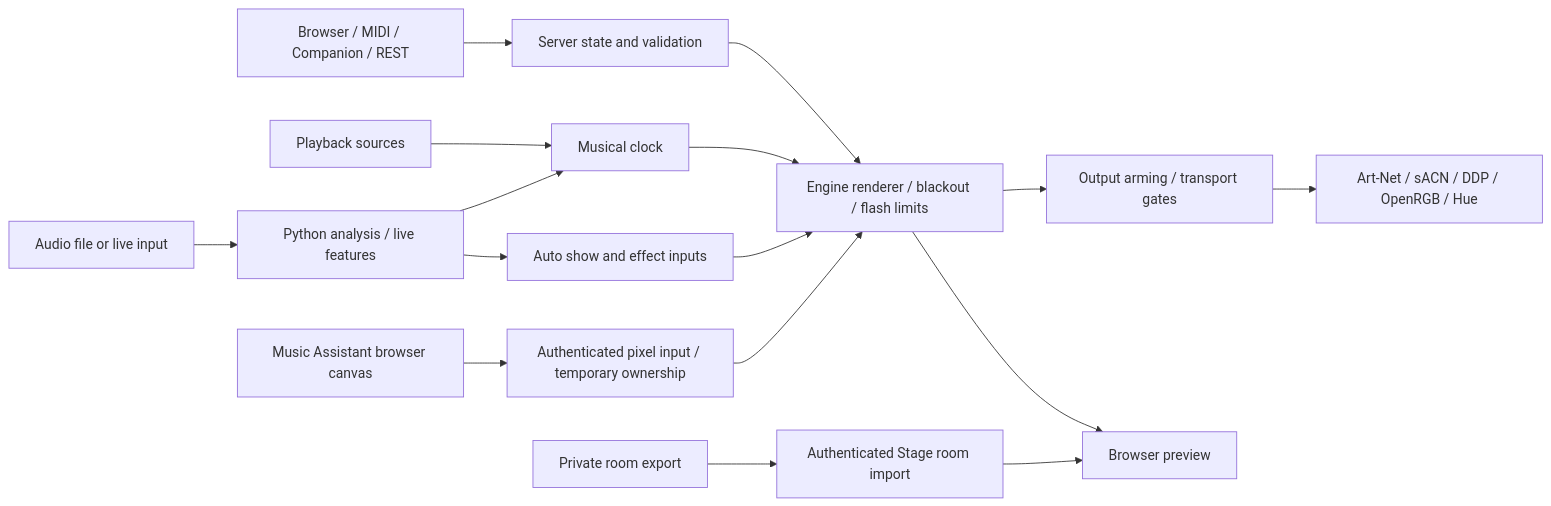
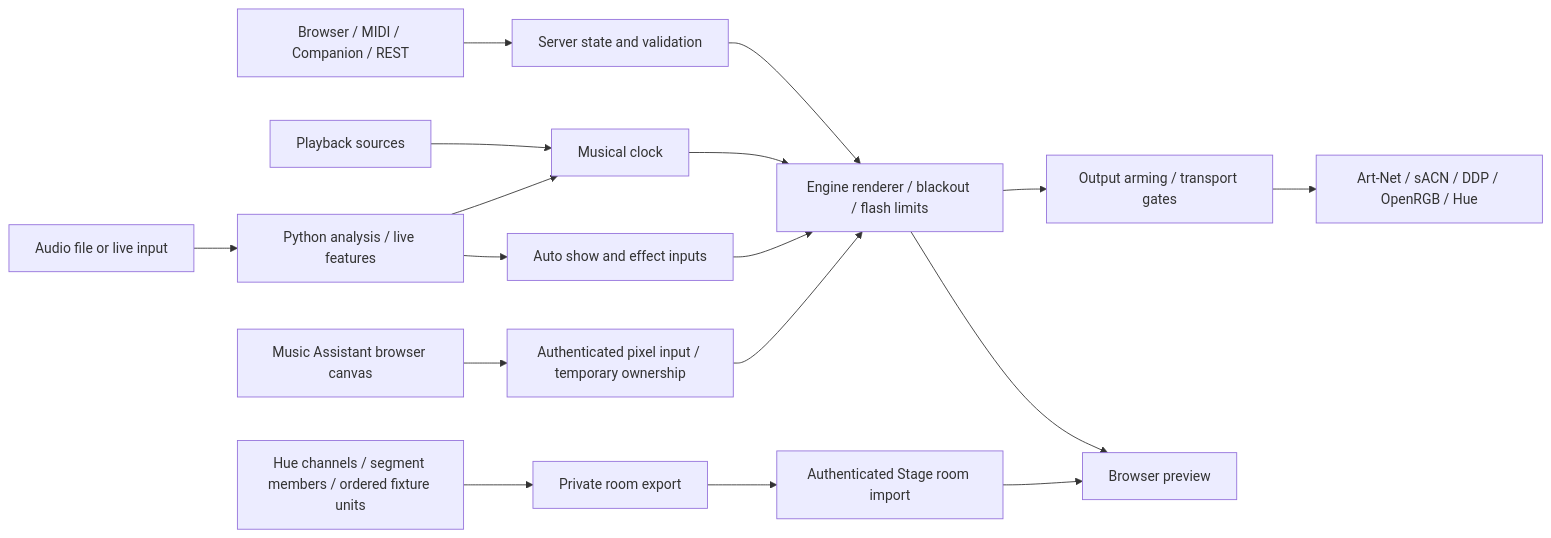
Before and after one commit to tyclab/artnet-lightshow: the second of 4 diagrams in README.md, drawn with Mermaid. The commit also changed other lines of this file and 3 other files, not shown here.

Commit message:
fix(hue): retain channel membership for room exporters

````diff
--- a/README.md
+++ b/README.md
@@ -51,18 +51,19 @@
 ```mermaid
 flowchart LR
   Controls[Browser / MIDI / Companion / REST] --> Server[Server state and validation]
   Playback[Playback sources] --> Clock[Musical clock]
   Audio[Audio file or live input] --> Analysis[Python analysis / live features]
   Analysis --> Show[Auto show and effect inputs]
   Analysis --> Clock
   Screen[Music Assistant browser canvas] --> Pixels[Authenticated pixel input / temporary ownership]
   Pixels --> Engine
   Clock --> Engine[Engine renderer / blackout / flash limits]
   Server --> Engine
   Show --> Engine
   Engine --> Preview[Browser preview]
-  Room[Private room export] --> RoomAPI[Authenticated Stage room import]
+  HueMap[Hue channels / segment members / ordered fixture units] --> Room[Private room export]
+  Room --> RoomAPI[Authenticated Stage room import]
   RoomAPI --> Preview
   Engine --> Guard[Output arming / transport gates]
   Guard --> Outputs[Art-Net / sACN / DDP / OpenRGB / Hue]
 ```
````
